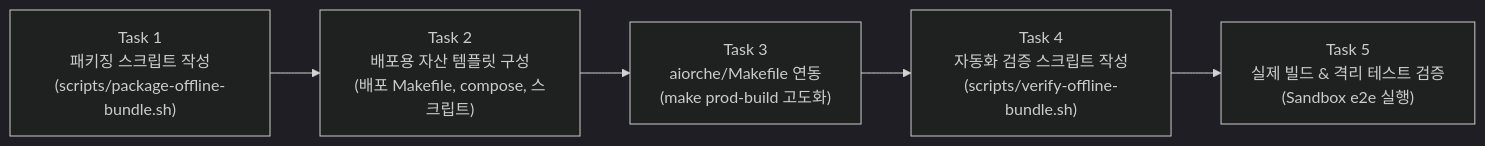
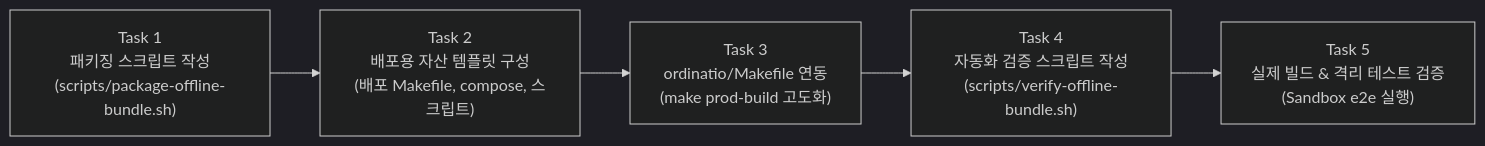
The second of 2 diagrams in architecture/07_appliance_and_packaging/PRE_40_standalone_offline_appliance_packaging_plan.md (keikun80/ordinatio), drawn with Mermaid (dark theme) before and after one commit. The commit also changed other lines of this file and 356 other files, not shown here.

First line of the commit message:
refactor(rebrand): rebrand aiorche to ordinatio across entire codebase

````diff
--- a/architecture/07_appliance_and_packaging/PRE_40_standalone_offline_appliance_packaging_plan.md
+++ b/architecture/07_appliance_and_packaging/PRE_40_standalone_offline_appliance_packaging_plan.md
@@ -148,7 +148,7 @@
 ```mermaid
 flowchart LR
     Task1["Task 1<br/>패키징 스크립트 작성<br/>(scripts/package-offline-bundle.sh)"] --> Task2["Task 2<br/>배포용 자산 템플릿 구성<br/>(배포 Makefile, compose, 스크립트)"]
-    Task2 --> Task3["Task 3<br/>aiorche/Makefile 연동<br/>(make prod-build 고도화)"]
+    Task2 --> Task3["Task 3<br/>ordinatio/Makefile 연동<br/>(make prod-build 고도화)"]
     Task3 --> Task4["Task 4<br/>자동화 검증 스크립트 작성<br/>(scripts/verify-offline-bundle.sh)"]
     Task4 --> Task5["Task 5<br/>실제 빌드 & 격리 테스트 검증<br/>(Sandbox e2e 실행)"]
 ```
````
